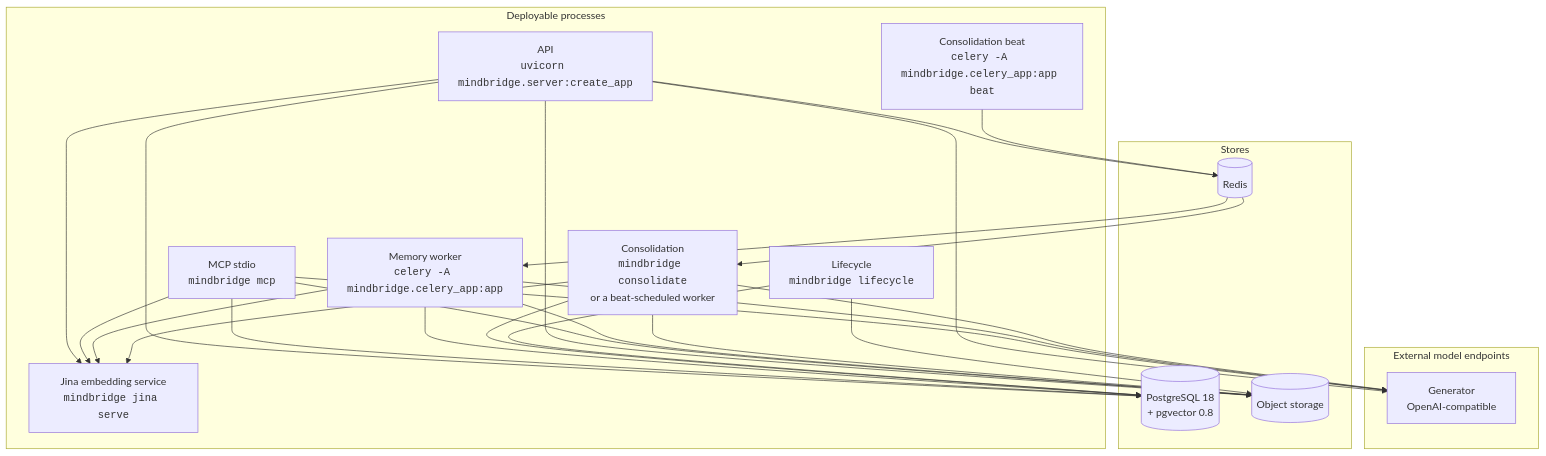
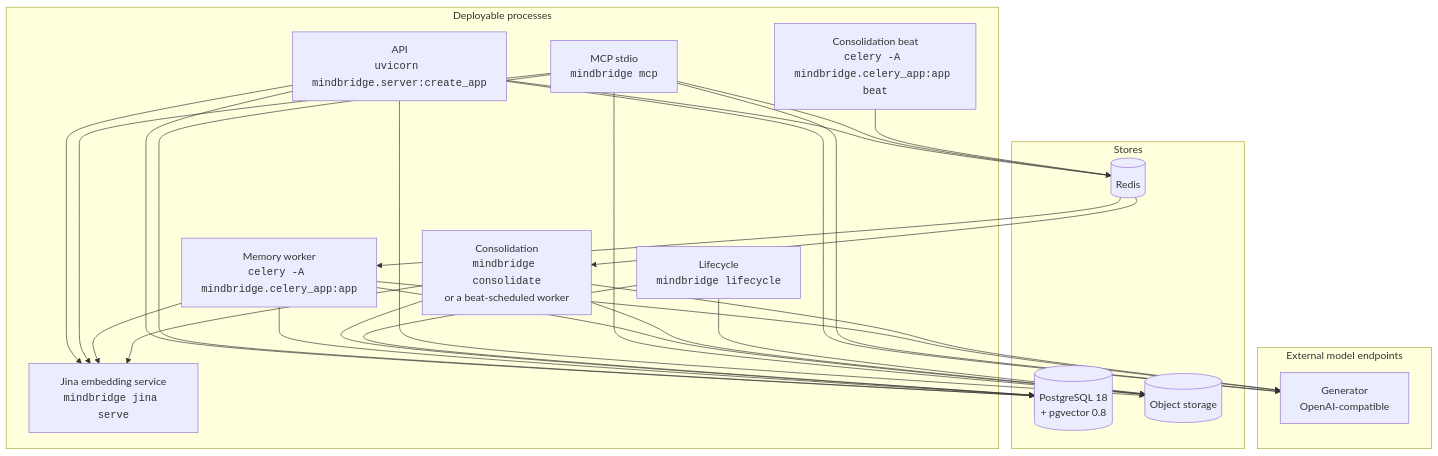
One commit to EventHorizon-Lab/MindBridge changed the first of 3 diagrams in docs/architecture.md. Above: the diagram before and after it, drawn with Mermaid. The commit also changed 2 other files, not shown here.

Commit message:
Clarify broker and entity alias documentation

````diff
--- a/docs/architecture.md
+++ b/docs/architecture.md
@@ -39,31 +39,31 @@
 ```mermaid
 flowchart TB
   subgraph proc["Deployable processes"]
     jina["Jina embedding service<br/><code>mindbridge jina serve</code>"]
     api["API<br/><code>uvicorn mindbridge.server:create_app</code>"]
     mcp["MCP stdio<br/><code>mindbridge mcp</code>"]
     worker["Memory worker<br/><code>celery -A mindbridge.celery_app:app</code>"]
     beat["Consolidation beat<br/><code>celery -A mindbridge.celery_app:app beat</code>"]
     cons["Consolidation<br/><code>mindbridge consolidate</code><br/>or a beat-scheduled worker"]
     life["Lifecycle<br/><code>mindbridge lifecycle</code>"]
   end
 
   subgraph data["Stores"]
     pg[("PostgreSQL 18<br/>+ pgvector 0.8")]
     redis[("Redis")]
     s3[("Object storage")]
   end
 
   subgraph models["External model endpoints"]
     gen["Generator<br/>OpenAI-compatible"]
   end
 
   api --> pg & redis & s3 & gen & jina
-  mcp --> pg & s3 & gen & jina
+  mcp --> pg & redis & s3 & gen & jina
   redis --> worker
   beat --> redis
   redis --> cons
   worker --> pg & s3 & gen & jina
   cons --> pg & s3 & gen & jina
   life --> pg & s3
 ```
````
